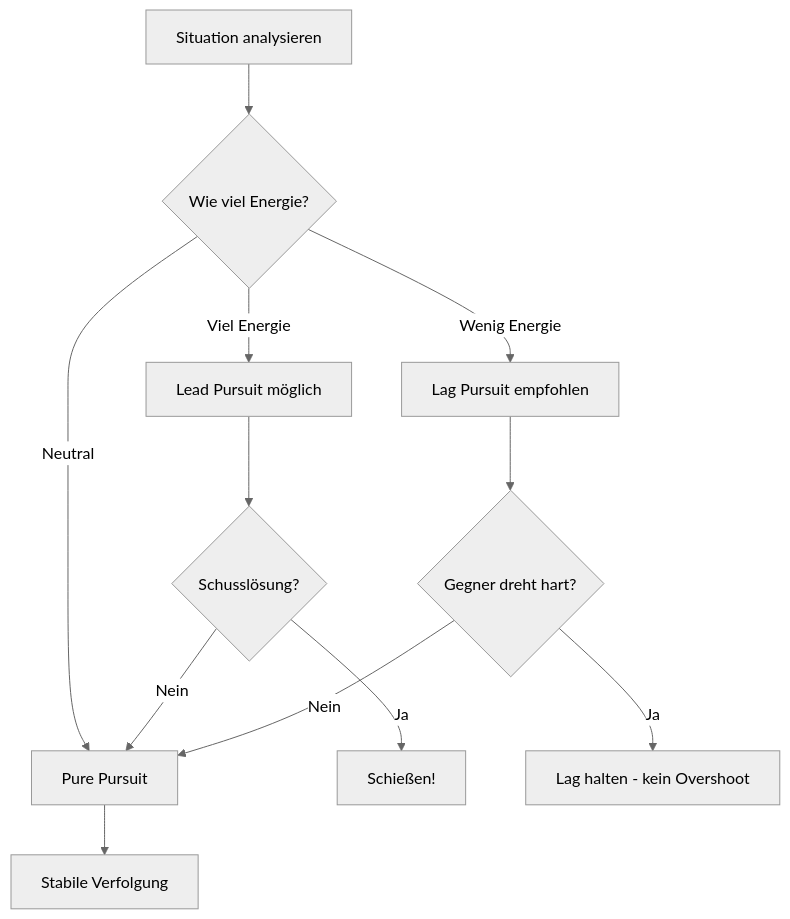
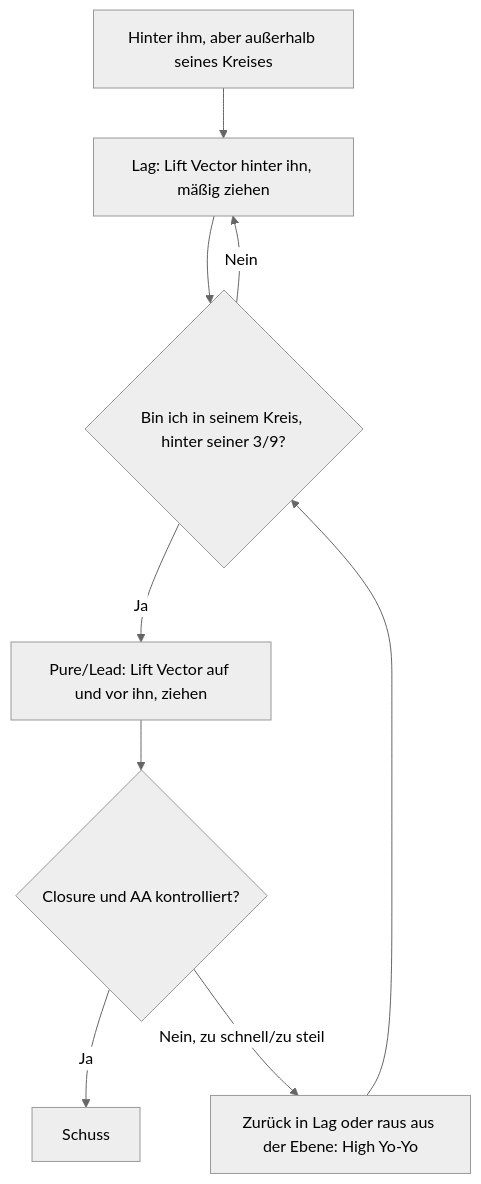
The diagram in docs/grundlagen/verfolgungskurven.md (lukaio3D/VFM_Wiki), drawn with Mermaid (neutral theme) before and after one commit. The commit also changed other lines of this file and 66 other files, not shown here.

````diff
--- a/docs/grundlagen/verfolgungskurven.md
+++ b/docs/grundlagen/verfolgungskurven.md
@@ -80,18 +78,11 @@
 ```mermaid
 flowchart TD
-    SIT[Situation analysieren] --> Q1{Wie viel Energie?}
-
-    Q1 -->|Viel Energie| LEAD[Lead Pursuit möglich]
-    Q1 -->|Wenig Energie| LAG[Lag Pursuit empfohlen]
-    Q1 -->|Neutral| PURE[Pure Pursuit]
-
-    LEAD --> Q2{Schusslösung?}
-    Q2 -->|Ja| SHOOT[Schießen!]
-    Q2 -->|Nein| PURE
-
-    LAG --> Q3{Gegner dreht hart?}
-    Q3 -->|Ja| LAGMORE[Lag halten - kein Overshoot]
-    Q3 -->|Nein| PURE
-
-    PURE --> TRACK[Stabile Verfolgung]
+    A[Hinter ihm, aber außerhalb seines Kreises] --> B[Lag: Lift Vector hinter ihn, mäßig ziehen]
+    B --> C{Bin ich in seinem Kreis, hinter seiner 3/9?}
+    C -->|Nein| B
+    C -->|Ja| D[Pure/Lead: Lift Vector auf und vor ihn, ziehen]
+    D --> E{Closure und AA kontrolliert?}
+    E -->|Ja| F[Schuss]
+    E -->|Nein, zu schnell/zu steil| G[Zurück in Lag oder raus aus der Ebene: High Yo-Yo]
+    G --> C
 ```
````
